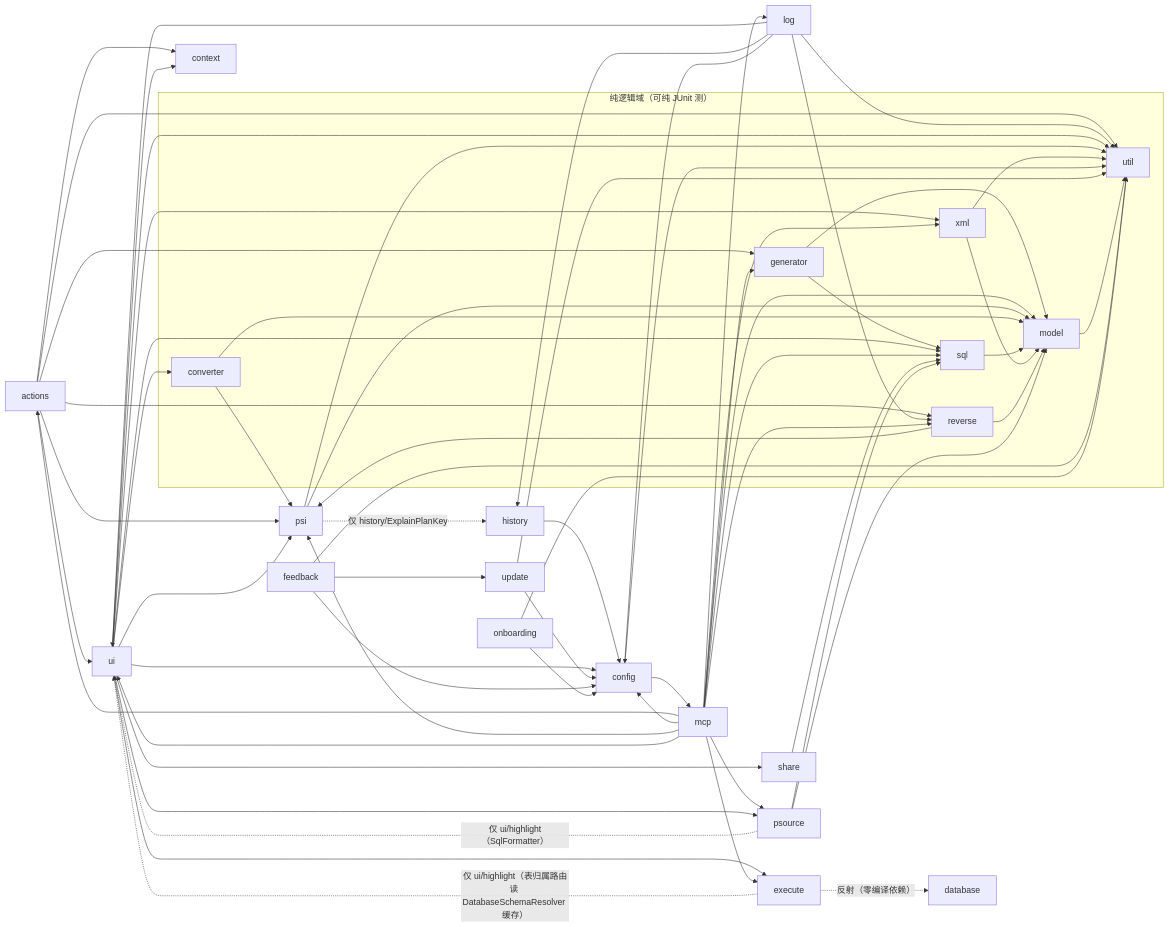
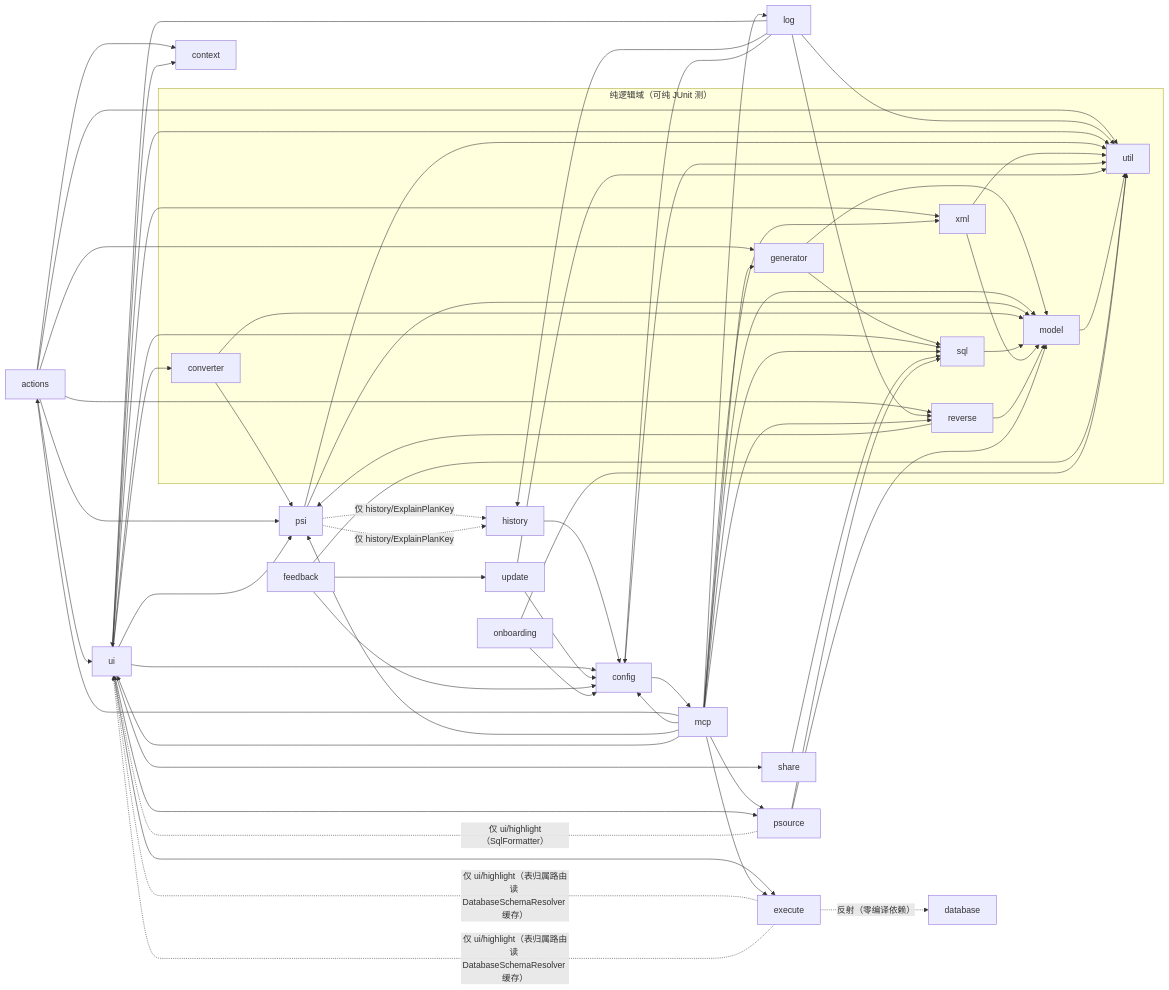
One commit to SongRenShuo/mybatis-plus-sql-visualizer changed the third of 5 diagrams in docs/架构设计/01-项目架构总览.md. Above: the diagram before and after it, drawn with Mermaid. The commit also changed other lines of this file and 5 other files, not shown here.

````diff
--- a/docs/架构设计/01-项目架构总览.md
+++ b/docs/架构设计/01-项目架构总览.md
@@ -159,76 +163,78 @@
 ```mermaid
 flowchart LR
     actions --> ui
     actions --> reverse
     actions --> psi
     actions --> context
     actions --> util
     actions --> generator
     generator --> model
     generator --> sql
     log --> ui
     log --> reverse
     log --> history
     log --> config
     log --> util
     history --> config
     ui --> psi
     ui --> context
     ui --> converter
     ui --> sql
     ui --> xml
     ui --> execute
     ui --> share
     ui --> config
     ui --> util
     mcp --> actions
     mcp --> config
     mcp --> execute
     mcp --> generator
     mcp --> log
     mcp --> model
     mcp --> psi
     mcp --> psource
     mcp --> reverse
     mcp --> sql
     mcp --> ui
     mcp --> xml
     config --> mcp
     psi --> model
     psi --> util
     converter --> model
     converter --> psi
     sql --> model
     xml --> model
     xml --> util
     reverse --> model
     reverse --> psi
     execute -. "反射（零编译依赖）" .-> database
     execute -. "仅 ui/highlight（表归属路由读 DatabaseSchemaResolver 缓存）" .-> ui
     psi -. "仅 history/ExplainPlanKey" .-> history
+    execute -. "仅 ui/highlight（表归属路由读 DatabaseSchemaResolver 缓存）" .-> ui
+    psi -. "仅 history/ExplainPlanKey" .-> history
     config --> util
     update --> config
     update --> util
     model --> util
     share --> sql
     psource --> model
     psource --> sql
     psource -. "仅 ui/highlight（SqlFormatter）" .-> ui
     ui --> psource
     feedback --> config
     feedback --> update
     feedback --> util
     onboarding --> config
     onboarding --> util
 
     subgraph 纯逻辑域["纯逻辑域（可纯 JUnit 测）"]
         model
         converter
         sql
         xml
         reverse
         generator
         util
         generator
     end
 ```
````
